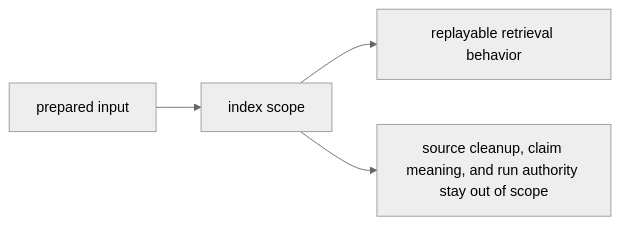
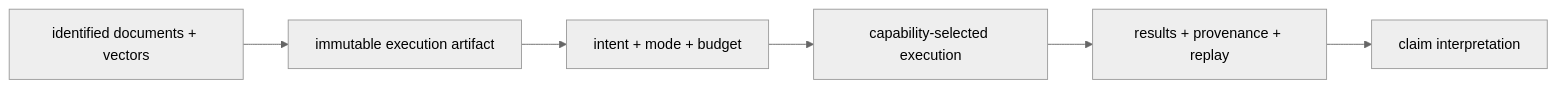
One commit to bijux/bijux-canon changed the diagram in docs/03-bijux-canon-index/foundation/scope-and-non-goals.md. Above: the diagram before and after it, drawn with Mermaid (neutral theme). The commit also changed other lines of this file and 2 other files, not shown here.

Commit message:
docs(index): define vector execution authority

````diff
--- a/docs/03-bijux-canon-index/foundation/scope-and-non-goals.md
+++ b/docs/03-bijux-canon-index/foundation/scope-and-non-goals.md
@@ -16,10 +17,11 @@
 ```mermaid
 flowchart LR
-    prepared["prepared input"]
-    scope["index scope"]
-    results["replayable retrieval behavior"]
-    refuse["source cleanup, claim meaning, and run authority stay out of scope"]
+    prepared["identified documents + vectors"]
+    artifact["immutable execution artifact"]
+    contract["intent + mode + budget"]
+    backend["capability-selected execution"]
+    result["results + provenance + replay"]
+    interpretation["claim interpretation"]
 
-    prepared --> scope --> results
-    scope --> refuse
+    prepared --> artifact --> contract --> backend --> result --> interpretation
 ```
````
